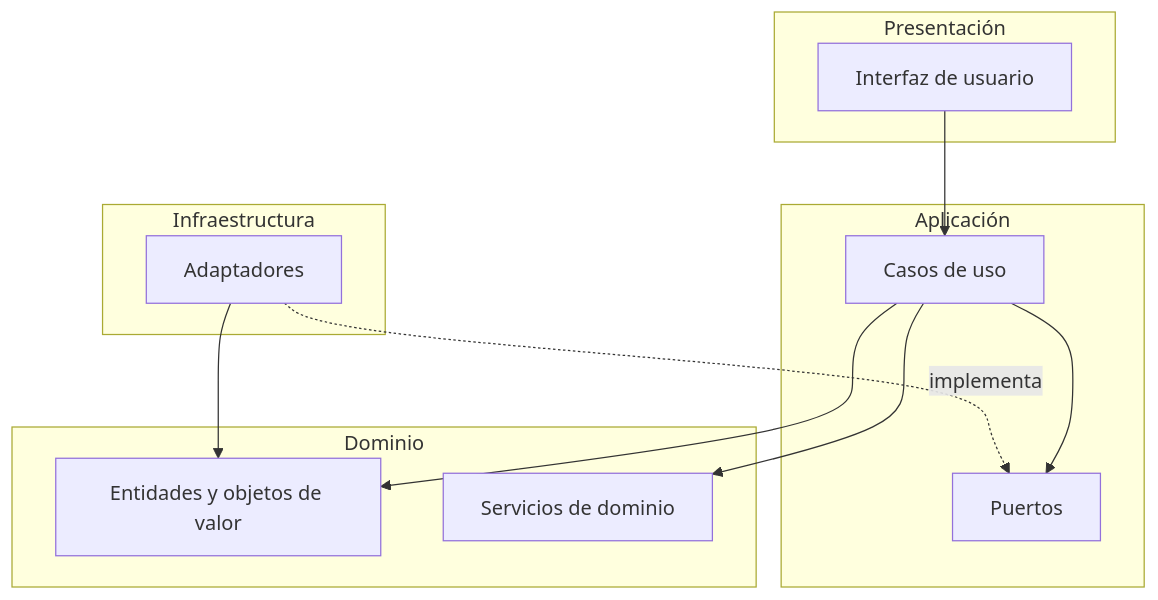
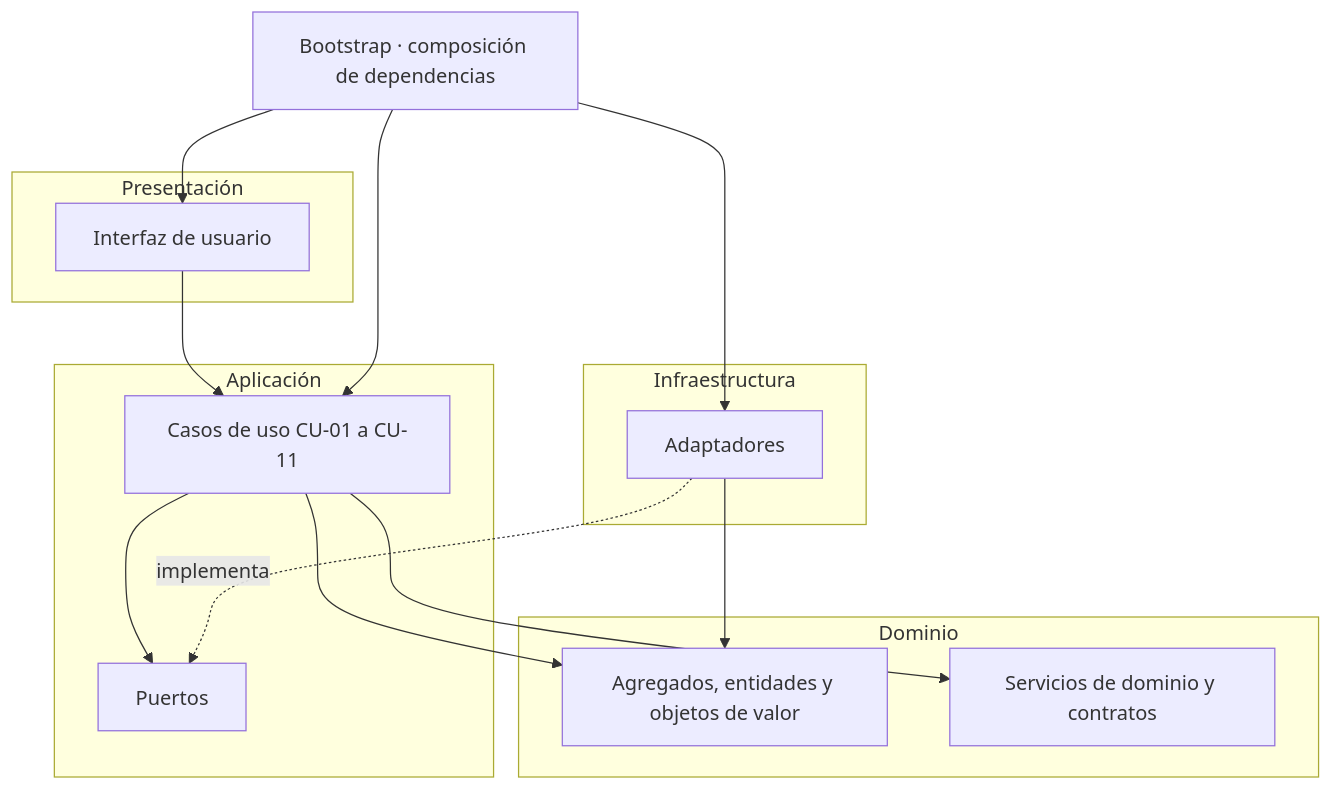
Before and after one commit to pabloo806/Trabajo-de-Fin-de-Grado: the first of 3 diagrams in docs/architecture/README.md, drawn with Mermaid. The commit also changed other lines of this file and 28 other files, not shown here.

Commit message:
refactor(architecture): adopt src layout (ADR-008) and add data-model master index

````diff
--- a/docs/architecture/README.md
+++ b/docs/architecture/README.md
@@ -73,28 +73,33 @@
 ```mermaid
 flowchart TB
 
     subgraph PRES["Presentación"]
         UI["Interfaz de usuario"]
     end
 
     subgraph APP["Aplicación"]
-        UC["Casos de uso"]
+        UC["Casos de uso CU-01 a CU-11"]
         PORTS["Puertos"]
     end
 
     subgraph DOM["Dominio"]
-        ENT["Entidades y objetos de valor"]
-        SRV["Servicios de dominio"]
+        ENT["Agregados, entidades y objetos de valor"]
+        SRV["Servicios de dominio y contratos"]
     end
 
     subgraph INF["Infraestructura"]
         AD["Adaptadores"]
     end
+
+    BOOT["Bootstrap · composición de dependencias"]
 
     UI --> UC
     UC --> ENT
     UC --> SRV
     UC --> PORTS
     AD -.implementa.-> PORTS
     AD --> ENT
+    BOOT --> UI
+    BOOT --> UC
+    BOOT --> AD
 ```
````
